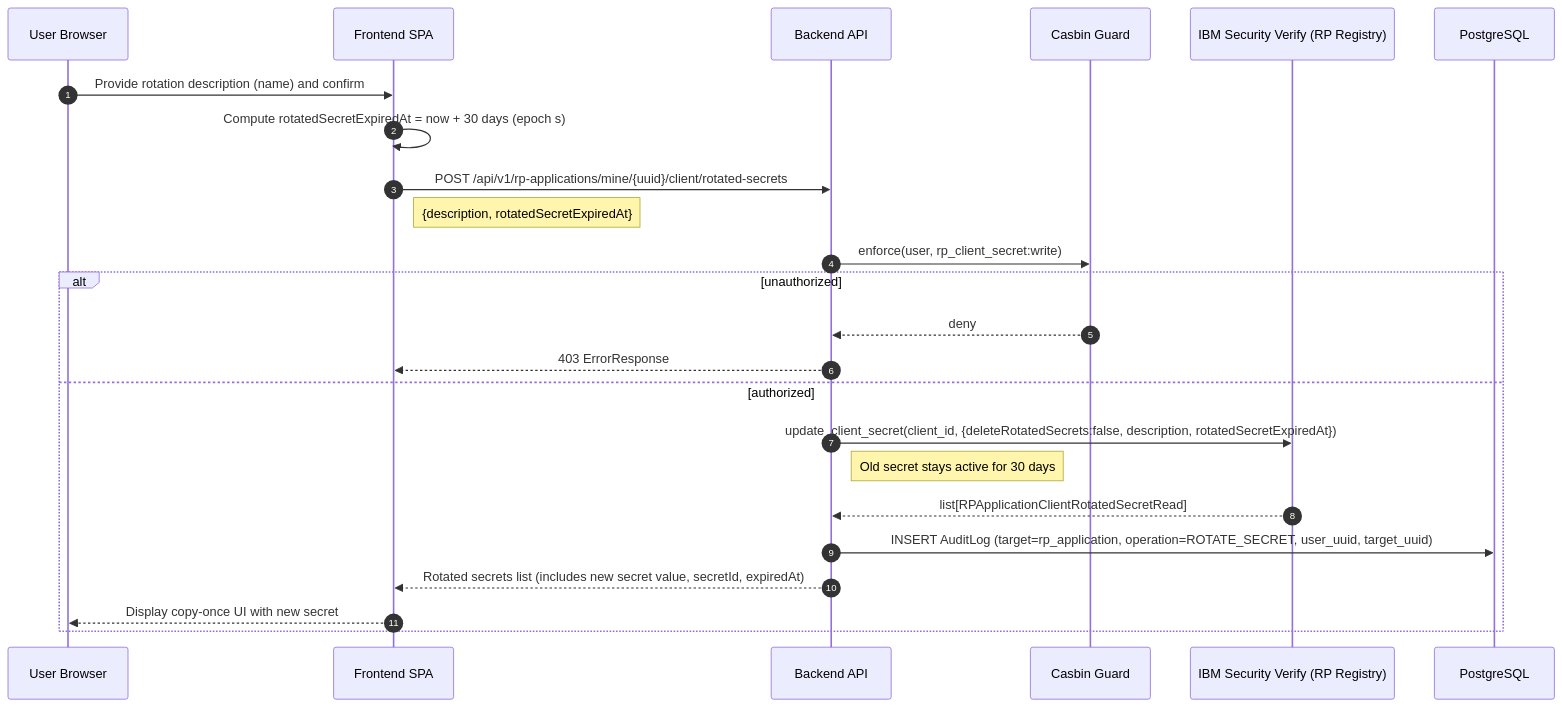
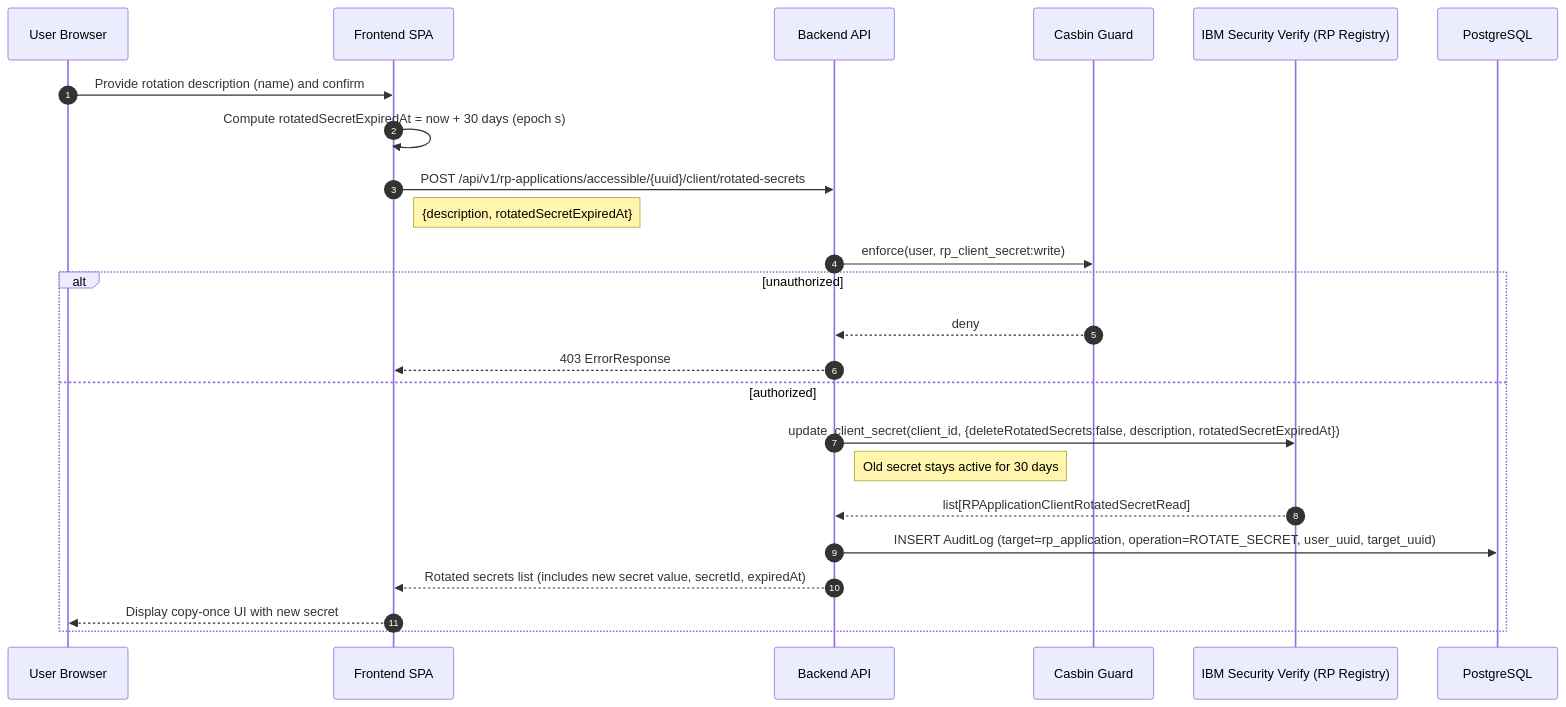
Before and after one commit to cds-snc/canadalogin-partner-portal: the seventh of 13 diagrams in docs/plans/partner-portal-mvp-data-flows.md, drawn with Mermaid. The commit also changed other lines of this file and 1343 other files, not shown here.

````diff
--- a/docs/plans/partner-portal-mvp-data-flows.md
+++ b/docs/plans/partner-portal-mvp-data-flows.md
@@ -192,27 +198,27 @@
 ```mermaid
 sequenceDiagram
     autonumber
     participant U as User Browser
     participant FE as Frontend SPA
     participant BE as Backend API
     participant C as Casbin Guard
     participant V as IBM Security Verify (RP Registry)
     participant DB as PostgreSQL
 
     U->>FE: Provide rotation description (name) and confirm
     FE->>FE: Compute rotatedSecretExpiredAt = now + 30 days (epoch s)
-    FE->>BE: POST /api/v1/rp-applications/mine/{uuid}/client/rotated-secrets
+    FE->>BE: POST /api/v1/rp-applications/accessible/{uuid}/client/rotated-secrets
     Note right of FE: {description, rotatedSecretExpiredAt}
     BE->>C: enforce(user, rp_client_secret:write)
     alt unauthorized
         C-->>BE: deny
         BE-->>FE: 403 ErrorResponse
     else authorized
         BE->>V: update_client_secret(client_id, {deleteRotatedSecrets:false, description, rotatedSecretExpiredAt})
         Note right of BE: Old secret stays active for 30 days
         V-->>BE: list[RPApplicationClientRotatedSecretRead]
         BE->>DB: INSERT AuditLog (target=rp_application, operation=ROTATE_SECRET, user_uuid, target_uuid)
         BE-->>FE: Rotated secrets list (includes new secret value, secretId, expiredAt)
         FE-->>U: Display copy-once UI with new secret
     end
 ```
````
